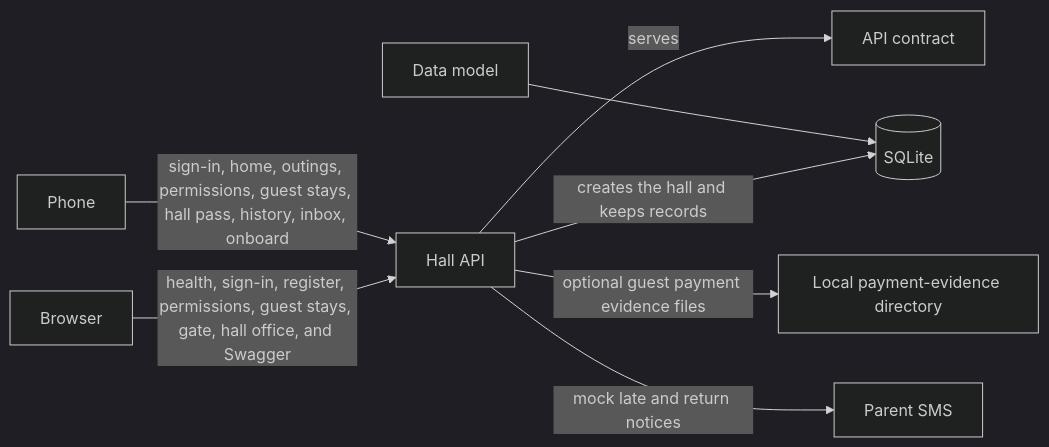
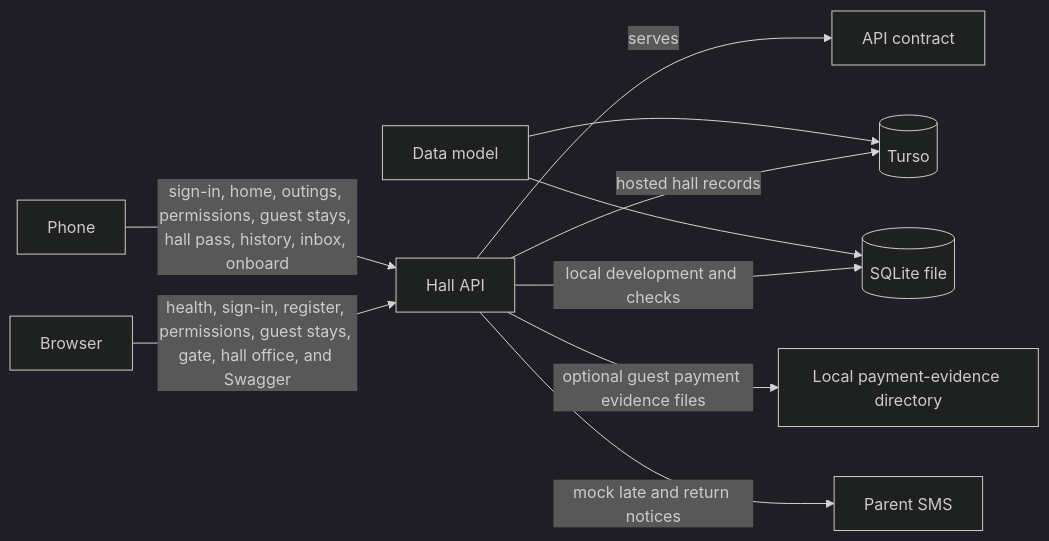
The diagram in docs/architecture/system-architecture.md (AbuIqbal123/BSJ-Hostel-Management), drawn with Mermaid (dark theme) before and after one commit. The commit also changed other lines of this file and 15 other files, not shown here.

First line of the commit message:
Keep the hosted hall database on Turso.

````diff
--- a/docs/architecture/system-architecture.md
+++ b/docs/architecture/system-architecture.md
@@ -7,10 +7,12 @@
 ```mermaid
 flowchart LR
   phone["Phone"] -->|"sign-in, home, outings, permissions, guest stays, hall pass, history, inbox, onboard"| api["Hall API"]
   browser["Browser"] -->|"health, sign-in, register, permissions, guest stays, gate, hall office, and Swagger"| api
   api -->|"serves"| contract["API contract"]
-  model["Data model"] --> db[("SQLite")]
-  api -->|"creates the hall and keeps records"| db
+  model["Data model"] --> turso[("Turso")]
+  model --> filedb[("SQLite file")]
+  api -->|"hosted hall records"| turso
+  api -->|"local development and checks"| filedb
   api -->|"optional guest payment evidence files"| evidence["Local payment-evidence directory"]
   api -->|"mock late and return notices"| sms["Parent SMS"]
 ```
````
